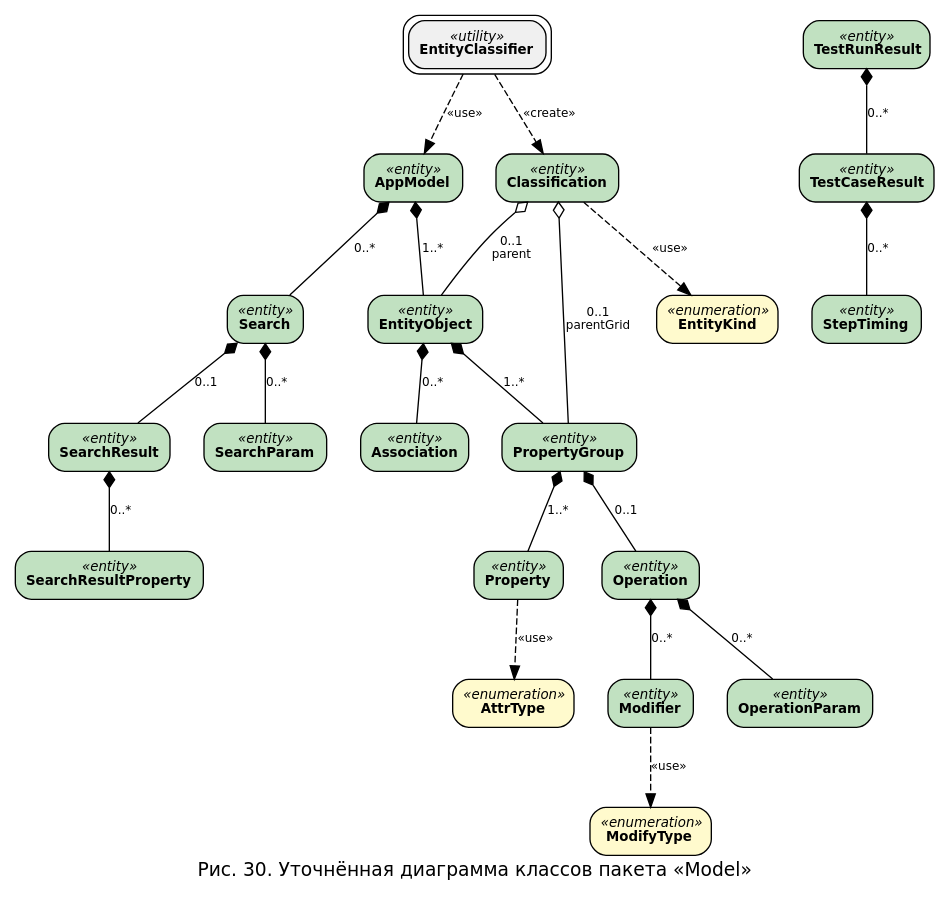
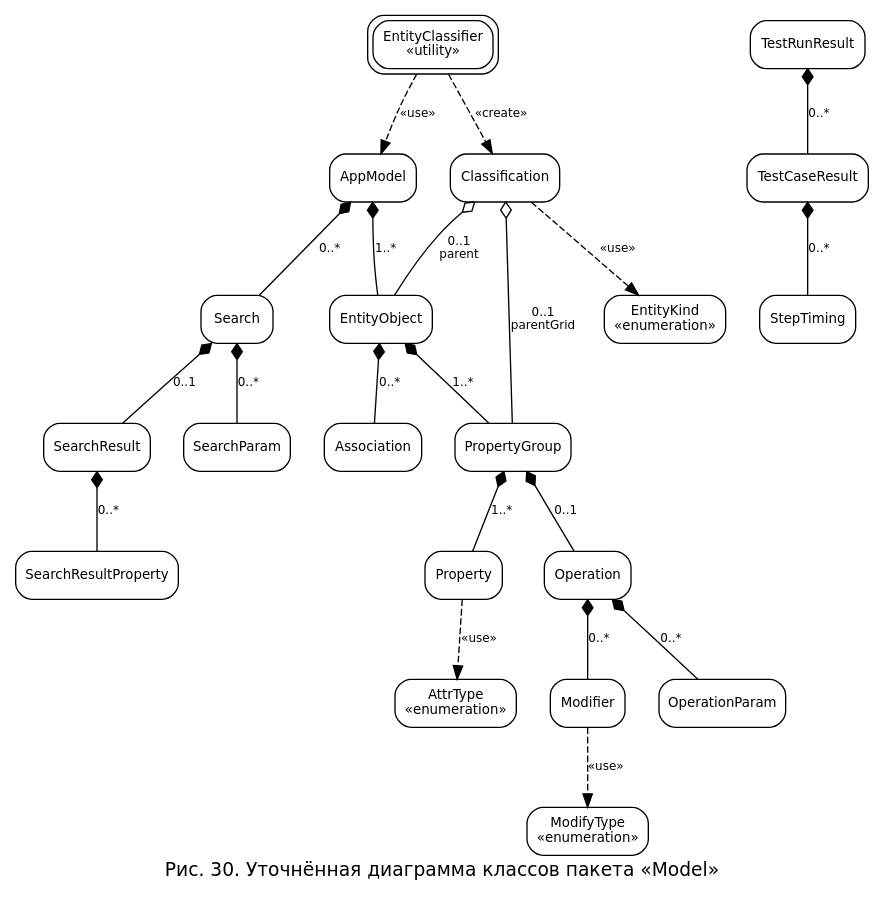
Before and after one commit to nastolbov/AutoTestGeneratorUpdate: the diagram in diagrams/cls_model_refined.dot, drawn with Graphviz. The commit also changed 37 other files, not shown here.

```diff
--- a/diagrams/cls_model_refined.dot
+++ b/diagrams/cls_model_refined.dot
@@ -1,70 +1,56 @@
-digraph ClsModelRefined {
-    rankdir=TB;
-    fontname="DejaVu Sans";
-    label="Рис. 30. Уточнённая диаграмма классов пакета «Model»";
-    labelloc="b";
-    fontsize=14;
-    nodesep=0.35;
-    ranksep=0.7;
+digraph Model {
+    rankdir=TB; fontname="DejaVu Sans"; fontsize=14;
+    label="Рис. 30. Уточнённая диаграмма классов пакета «Model»"; labelloc=b;
+    nodesep=0.35; ranksep=0.7;
+    node [fontname="DejaVu Sans", fontsize=10, shape=box, style="rounded,filled", fillcolor=white];
+    edge [color=black, fontname="DejaVu Sans", fontsize=9];
 
-    node [fontname="DejaVu Sans", fontsize=10, shape=box, style="rounded,filled"];
-    edge [fontname="DejaVu Sans", fontsize=9];
+    AppModel       [label="AppModel"];
+    EntityObject   [label="EntityObject"];
+    PropertyGroup  [label="PropertyGroup"];
+    Property       [label="Property"];
+    Operation      [label="Operation"];
+    OperationParam [label="OperationParam"];
+    Modifier       [label="Modifier"];
+    Association    [label="Association"];
 
-    // === Корневая модель и иерархия сущностей ===
-    AppModel       [fillcolor="#C1E1C1", label=<<I>«entity»</I><BR/><B>AppModel</B>>];
-    EntityObject   [fillcolor="#C1E1C1", label=<<I>«entity»</I><BR/><B>EntityObject</B>>];
-    PropertyGroup  [fillcolor="#C1E1C1", label=<<I>«entity»</I><BR/><B>PropertyGroup</B>>];
-    Property       [fillcolor="#C1E1C1", label=<<I>«entity»</I><BR/><B>Property</B>>];
-    Operation      [fillcolor="#C1E1C1", label=<<I>«entity»</I><BR/><B>Operation</B>>];
-    OperationParam [fillcolor="#C1E1C1", label=<<I>«entity»</I><BR/><B>OperationParam</B>>];
-    Modifier       [fillcolor="#C1E1C1", label=<<I>«entity»</I><BR/><B>Modifier</B>>];
-    Association    [fillcolor="#C1E1C1", label=<<I>«entity»</I><BR/><B>Association</B>>];
+    Search                [label="Search"];
+    SearchParam           [label="SearchParam"];
+    SearchResult          [label="SearchResult"];
+    SearchResultProperty  [label="SearchResultProperty"];
 
-    // === Поиск ===
-    Search                [fillcolor="#C1E1C1", label=<<I>«entity»</I><BR/><B>Search</B>>];
-    SearchParam           [fillcolor="#C1E1C1", label=<<I>«entity»</I><BR/><B>SearchParam</B>>];
-    SearchResult          [fillcolor="#C1E1C1", label=<<I>«entity»</I><BR/><B>SearchResult</B>>];
-    SearchResultProperty  [fillcolor="#C1E1C1", label=<<I>«entity»</I><BR/><B>SearchResultProperty</B>>];
+    AttrType   [label="AttrType\n«enumeration»"];
+    ModifyType [label="ModifyType\n«enumeration»"];
+    EntityKind [label="EntityKind\n«enumeration»"];
 
-    // === Перечисления ===
-    AttrType   [fillcolor="#FFFACD", label=<<I>«enumeration»</I><BR/><B>AttrType</B>>];
-    ModifyType [fillcolor="#FFFACD", label=<<I>«enumeration»</I><BR/><B>ModifyType</B>>];
-    EntityKind [fillcolor="#FFFACD", label=<<I>«enumeration»</I><BR/><B>EntityKind</B>>];
+    EntityClassifier [peripheries=2, label="EntityClassifier\n«utility»"];
+    Classification   [label="Classification"];
 
-    // === Классификация ===
-    EntityClassifier [fillcolor="#F0F0F0", peripheries=2, label=<<I>«utility»</I><BR/><B>EntityClassifier</B>>];
-    Classification   [fillcolor="#C1E1C1", label=<<I>«entity»</I><BR/><B>Classification</B>>];
+    TestRunResult  [label="TestRunResult"];
+    TestCaseResult [label="TestCaseResult"];
+    StepTiming     [label="StepTiming"];
 
-    // === Результаты прогона ===
-    TestRunResult  [fillcolor="#C1E1C1", label=<<I>«entity»</I><BR/><B>TestRunResult</B>>];
-    TestCaseResult [fillcolor="#C1E1C1", label=<<I>«entity»</I><BR/><B>TestCaseResult</B>>];
-    StepTiming     [fillcolor="#C1E1C1", label=<<I>«entity»</I><BR/><B>StepTiming</B>>];
-
-    // === Композиция ♦ (иерархия владения) ===
     AppModel      -> EntityObject  [arrowtail=diamond, dir=back, label="1..*"];
     AppModel      -> Search        [arrowtail=diamond, dir=back, label="0..*"];
     EntityObject  -> PropertyGroup [arrowtail=diamond, dir=back, label="1..*"];
     EntityObject  -> Association   [arrowtail=diamond, dir=back, label="0..*"];
     PropertyGroup -> Property      [arrowtail=diamond, dir=back, label="1..*"];
     PropertyGroup -> Operation     [arrowtail=diamond, dir=back, label="0..1"];
     Operation     -> OperationParam[arrowtail=diamond, dir=back, label="0..*"];
     Operation     -> Modifier      [arrowtail=diamond, dir=back, label="0..*"];
     Search        -> SearchParam   [arrowtail=diamond, dir=back, label="0..*"];
     Search        -> SearchResult  [arrowtail=diamond, dir=back, label="0..1"];
     SearchResult  -> SearchResultProperty [arrowtail=diamond, dir=back, label="0..*"];
     TestRunResult -> TestCaseResult[arrowtail=diamond, dir=back, label="0..*"];
     TestCaseResult-> StepTiming    [arrowtail=diamond, dir=back, label="0..*"];
 
-    // === Ассоциация → (использование enum) ===
     Property -> AttrType   [label="«use»", style=dashed];
     Modifier -> ModifyType [label="«use»", style=dashed];
 
-    // === Ассоциация (классификатор использует модель) ===
     EntityClassifier -> AppModel       [style=dashed, label="«use»"];
     EntityClassifier -> Classification [style=dashed, label="«create»"];
     Classification   -> EntityKind     [label="«use»", style=dashed];
 
-    // === Агрегация ◇ (Classification ссылается на parentEntity/parentGrid, не владея) ===
-    Classification -> EntityObject  [arrowtail=odiamond, dir=back, label="0..1\nparent", fontsize=9];
-    Classification -> PropertyGroup [arrowtail=odiamond, dir=back, label="0..1\nparentGrid", fontsize=9];
+    Classification -> EntityObject  [arrowtail=odiamond, dir=back, label="0..1\nparent"];
+    Classification -> PropertyGroup [arrowtail=odiamond, dir=back, label="0..1\nparentGrid"];
 }
```
